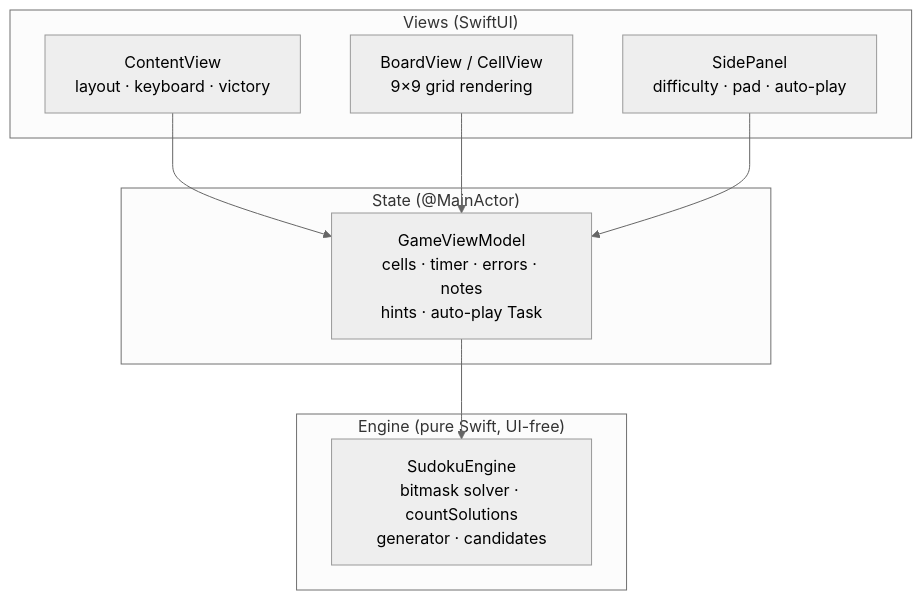
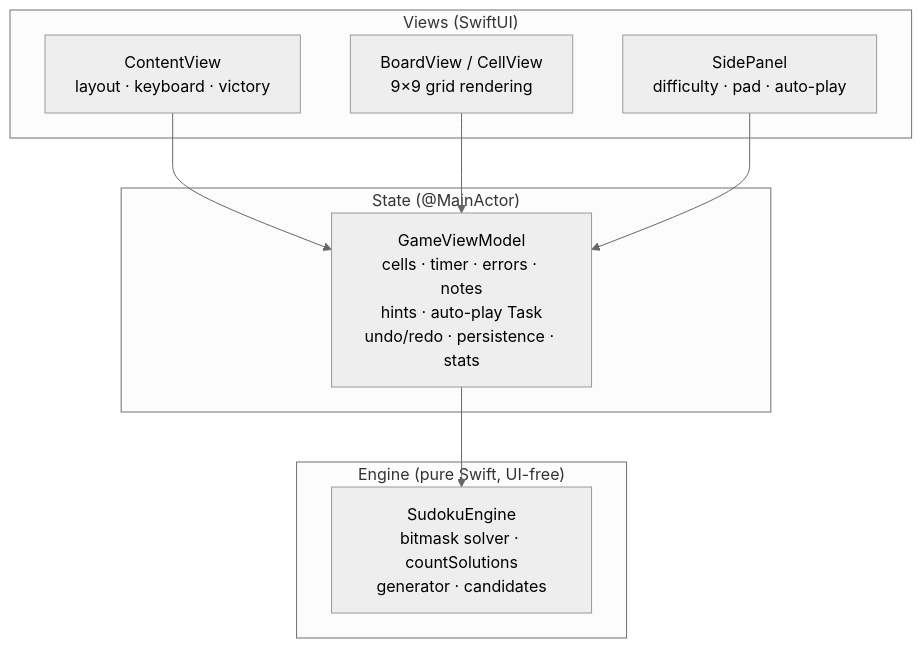
Before and after one commit to vincentlauriat/Sudoku: the diagram in ARCHITECTURE_EN.md, drawn with Mermaid (neutral theme). The commit also changed other lines of this file and 15 other files, not shown here.

Commit message:
feat: Sparkle auto-update, save/resume, stats, undo/redo, EN localization

````diff
--- a/ARCHITECTURE_EN.md
+++ b/ARCHITECTURE_EN.md
@@ -12,18 +13,18 @@
 ```mermaid
 flowchart TB
     subgraph Views ["Views (SwiftUI)"]
         CV[ContentView<br/>layout · keyboard · victory]
         BV[BoardView / CellView<br/>9×9 grid rendering]
         SP[SidePanel<br/>difficulty · pad · auto-play]
     end
     subgraph ViewModel ["State (@MainActor)"]
-        VM[GameViewModel<br/>cells · timer · errors · notes<br/>hints · auto-play Task]
+        VM[GameViewModel<br/>cells · timer · errors · notes<br/>hints · auto-play Task<br/>undo/redo · persistence · stats]
     end
     subgraph Engine ["Engine (pure Swift, UI-free)"]
         E[SudokuEngine<br/>bitmask solver · countSolutions<br/>generator · candidates]
     end
     CV --> VM
     BV --> VM
     SP --> VM
     VM --> E
 ```
````
